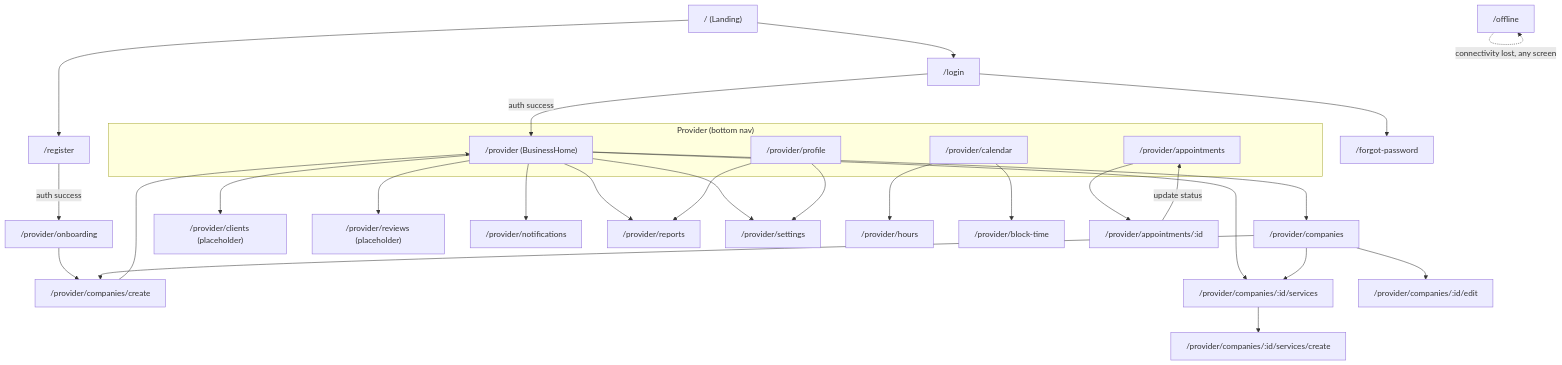
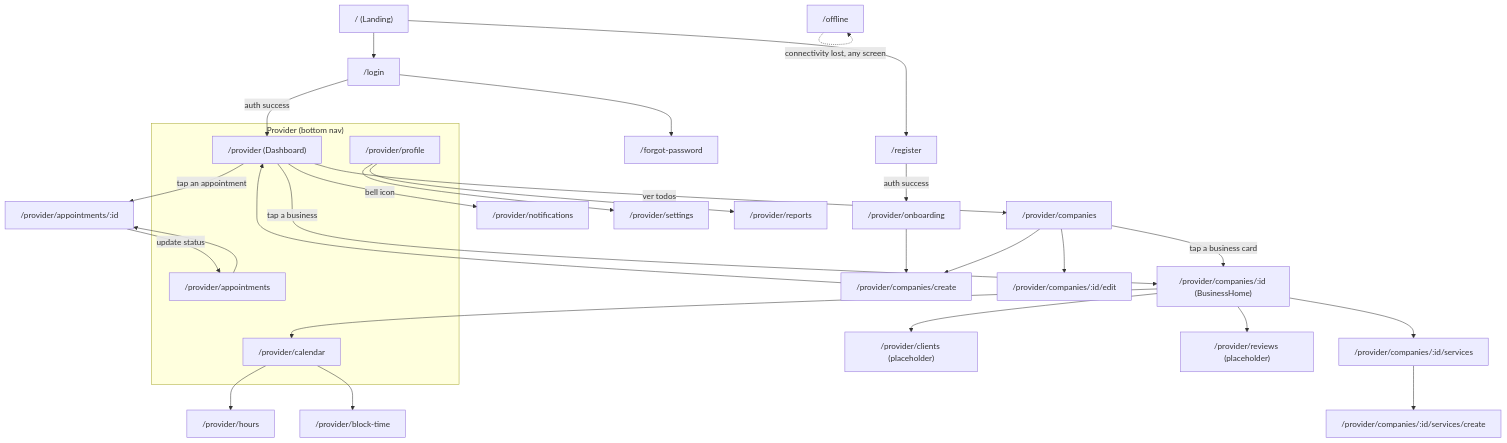
The first of 2 diagrams in docs/features/use-cases.md (haliam/Bookas), drawn with Mermaid before and after one commit. The commit also changed other lines of this file and 7 other files, not shown here.

First line of the commit message:
Split provider home into Dashboard (all businesses) and Business Home (one business)

````diff
--- a/docs/features/use-cases.md
+++ b/docs/features/use-cases.md
@@ -172,43 +175,45 @@
 ```mermaid
 flowchart TD
     Landing["/ (Landing)"] --> Login["/login"]
     Landing --> Register["/register"]
     Login --> Forgot["/forgot-password"]
-    Login -->|auth success| Home["/provider (BusinessHome)"]
+    Login -->|auth success| Dashboard["/provider (Dashboard)"]
     Register -->|auth success| ProvOnboarding["/provider/onboarding"]
     ProvOnboarding --> CreateCompany["/provider/companies/create"]
 
     subgraph ProviderLayout["Provider (bottom nav)"]
-        Home
+        Dashboard
         Calendar["/provider/calendar"]
         Appointments["/provider/appointments"]
         Profile["/provider/profile"]
     end
 
-    CreateCompany --> Home
+    CreateCompany --> Dashboard
 
-    Home --> Companies["/provider/companies"]
-    Home --> Clients["/provider/clients (placeholder)"]
-    Home --> Services["/provider/companies/:id/services"]
-    Home --> Reviews["/provider/reviews (placeholder)"]
-    Home --> Notifications["/provider/notifications"]
-    Home --> Reports["/provider/reports"]
-    Home --> Settings["/provider/settings"]
+    Dashboard -->|"tap a business"| BusinessHome["/provider/companies/:id (BusinessHome)"]
+    Dashboard -->|"ver todos"| Companies["/provider/companies"]
+    Dashboard -->|"bell icon"| Notifications["/provider/notifications"]
+    Dashboard -->|"tap an appointment"| ApptDetail["/provider/appointments/:id"]
 
+    Companies -->|"tap a business card"| BusinessHome
     Companies --> CreateCompany
     Companies --> EditCompany["/provider/companies/:id/edit"]
-    Companies --> Services
+
+    BusinessHome --> Calendar
+    BusinessHome --> Clients["/provider/clients (placeholder)"]
+    BusinessHome --> Services["/provider/companies/:id/services"]
+    BusinessHome --> Reviews["/provider/reviews (placeholder)"]
 
     Services --> CreateService["/provider/companies/:id/services/create"]
 
     Calendar --> Hours["/provider/hours"]
     Calendar --> BlockTime["/provider/block-time"]
 
-    Appointments --> ApptDetail["/provider/appointments/:id"]
+    Appointments --> ApptDetail
     ApptDetail -->|update status| Appointments
 
-    Profile --> Settings
-    Profile --> Reports
+    Profile --> Settings["/provider/settings"]
+    Profile --> Reports["/provider/reports"]
 
     Offline["/offline"] -.->|connectivity lost, any screen| Offline
 ```
````
